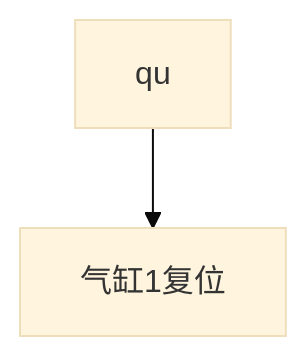
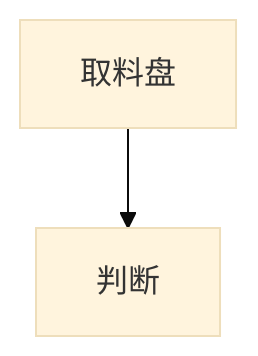
Before and after one commit to zmq000/iodraw-files: the diagram in all/未命名-1.md, drawn with Mermaid (base theme).

Commit message:
2026-10-20 09:41:15 update

````diff
--- a/all/未命名-1.md
+++ b/all/未命名-1.md
@@ -1,5 +1,5 @@
 ```mermaid
 graph TD
-0[qu]-->10
-10[气缸1复位]
+0[取料盘]-->10
+10[判断]
 ```
````
